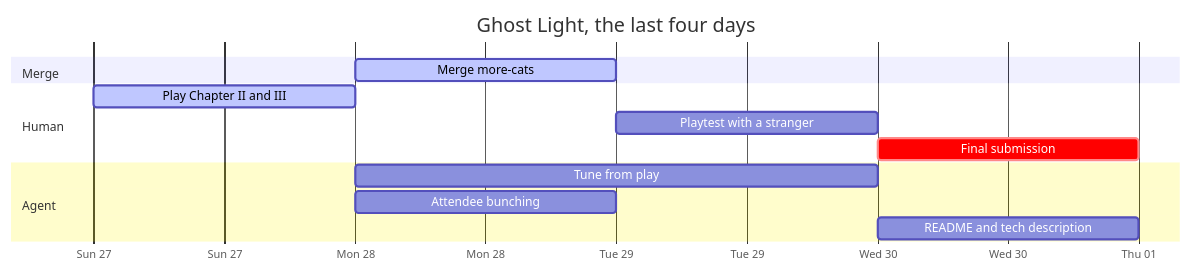
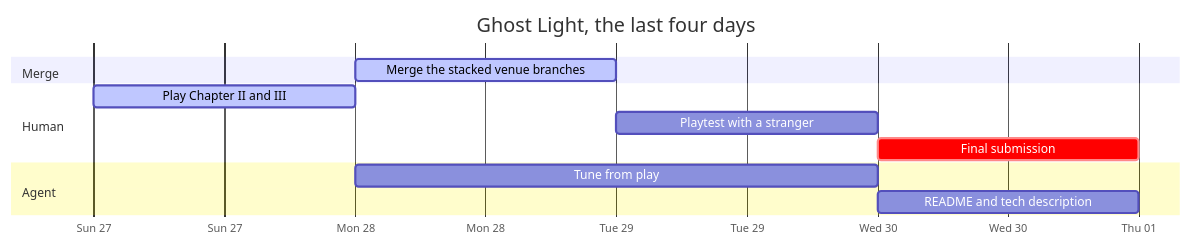
The second of 2 diagrams in STATUS.md (LoMagnette/ghost-light), drawn with Mermaid before and after one commit. The commit also changed other lines of this file and 1 other file, not shown here.

Commit message:
docs(status): venue good enough for now, cats done, what is merged and what is not

````diff
--- a/STATUS.md
+++ b/STATUS.md
@@ -157,16 +158,15 @@
 ```mermaid
 gantt
     title Ghost Light, the last four days
     dateFormat YYYY-MM-DD
     axisFormat %a %d
     section Merge
-    Merge more-cats                   :active, m1, 2026-09-28, 1d
+    Merge the stacked venue branches  :active, m1, 2026-09-28, 1d
     section Human
     Play Chapter II and III           :active, h1, 2026-09-27, 1d
     Playtest with a stranger          :t1, 2026-09-29, 1d
     Final submission                  :crit, s2, 2026-09-30, 1d
     section Agent
     Tune from play                    :g1, after h1, 2d
-    Attendee bunching                 :g4, 2026-09-28, 1d
     README and tech description       :g3, 2026-09-30, 1d
 ```
````
